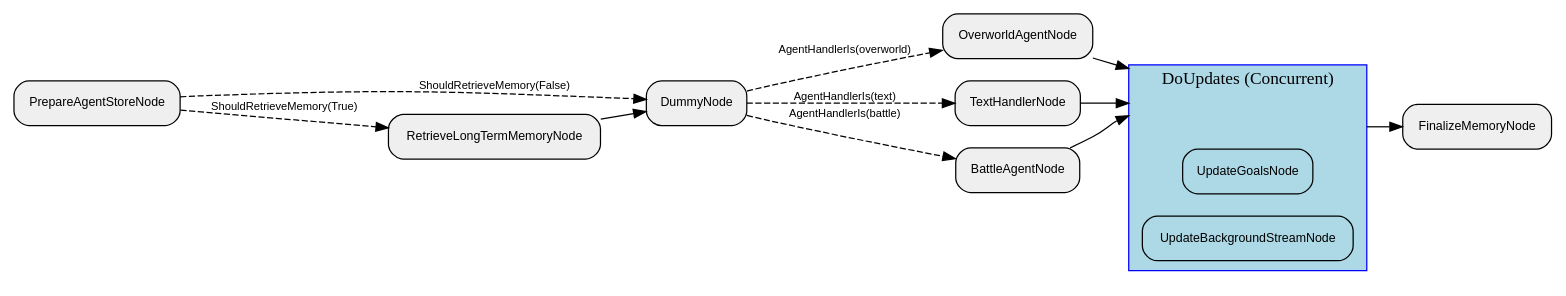
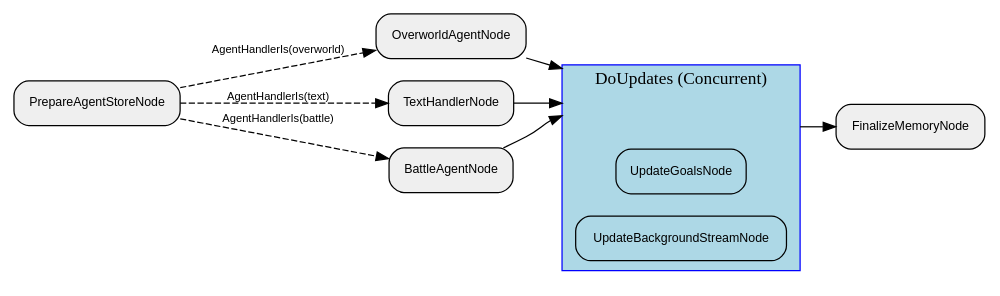
One commit to clambro/ai-plays-pokemon changed the diagram in visualization/agent_graph/Graph.dot. Above: the diagram before and after it, drawn with Graphviz. The commit also changed 25 other files, not shown here.

First line of the commit message:
Move long-term memory retrieval into overworld agent

```diff
--- a/visualization/agent_graph/Graph.dot
+++ b/visualization/agent_graph/Graph.dot
@@ -1,34 +1,29 @@
 digraph "G" {
   rankdir=LR;
   compound=true;
   node [shape=box, style="rounded,filled", fillcolor="#EFEFEF", fontname="Helvetica", fontsize=10];
   edge [fontname="Helvetica", fontsize=9];
-  subgraph "cluster_5u2rcpKXFNyRvOMhOfHJL" {
+  subgraph "cluster_EBMINl28wcsFjYqtcwsTw" {
     label="DoUpdates (Concurrent)";
     style="filled"; fillcolor="lightblue"; color="blue";
     node [fillcolor="lightblue", style="filled,rounded"];
-    "5u2rcpKXFNyRvOMhOfHJL__entry" [label="", shape=point, width=0.01, style=invis];
-    "5u2rcpKXFNyRvOMhOfHJL__exit"  [label="", shape=point, width=0.01, style=invis];
-    nZmIuImggXBXjQdbxACrd [label="UpdateGoalsNode"];
-    PJJnLdIroNrrRz9T5kgtw [label="UpdateBackgroundStreamNode"];
+    "EBMINl28wcsFjYqtcwsTw__entry" [label="", shape=point, width=0.01, style=invis];
+    "EBMINl28wcsFjYqtcwsTw__exit"  [label="", shape=point, width=0.01, style=invis];
+    "3Bk9Mu7C37rnCyAWb4a7A" [label="UpdateGoalsNode"];
+    uqeFjNTKfzETajd6GJebe [label="UpdateBackgroundStreamNode"];
   }
-  tEVodr0709tiwDS7KoP3Y [label="OverworldAgentNode"];
-  QFKD4S0pX4FNXqU7NkLZ6 [label="DummyNode"];
-  lCoYCnIU5hCbo2MUFvr0x [label="TextHandlerNode"];
-  "1mttNI9ynotr9motenWlf" [label="BattleAgentNode"];
-  OWjj6wdJfIuwk9AleczCq [label="RetrieveLongTermMemoryNode"];
-  zBnDj9i1nAskjogzEUIGx [label="FinalizeMemoryNode"];
-  hunKjUyUESDwRqmITcvv6 [label="PrepareAgentStoreNode"];
-  PJJnLdIroNrrRz9T5kgtw [label="UpdateBackgroundStreamNode"];
-  nZmIuImggXBXjQdbxACrd [label="UpdateGoalsNode"];
-  hunKjUyUESDwRqmITcvv6 -> OWjj6wdJfIuwk9AleczCq [style="dashed", label="ShouldRetrieveMemory(True)"];
-  hunKjUyUESDwRqmITcvv6 -> QFKD4S0pX4FNXqU7NkLZ6 [style="dashed", label="ShouldRetrieveMemory(False)"];
-  OWjj6wdJfIuwk9AleczCq -> QFKD4S0pX4FNXqU7NkLZ6 [style="solid"];
-  QFKD4S0pX4FNXqU7NkLZ6 -> tEVodr0709tiwDS7KoP3Y [style="dashed", label="AgentHandlerIs(overworld)"];
-  QFKD4S0pX4FNXqU7NkLZ6 -> "1mttNI9ynotr9motenWlf" [style="dashed", label="AgentHandlerIs(battle)"];
-  QFKD4S0pX4FNXqU7NkLZ6 -> lCoYCnIU5hCbo2MUFvr0x [style="dashed", label="AgentHandlerIs(text)"];
-  lCoYCnIU5hCbo2MUFvr0x -> "5u2rcpKXFNyRvOMhOfHJL__entry" [lhead="cluster_5u2rcpKXFNyRvOMhOfHJL", style="solid"];
-  "1mttNI9ynotr9motenWlf" -> "5u2rcpKXFNyRvOMhOfHJL__entry" [lhead="cluster_5u2rcpKXFNyRvOMhOfHJL", style="solid"];
-  tEVodr0709tiwDS7KoP3Y -> "5u2rcpKXFNyRvOMhOfHJL__entry" [lhead="cluster_5u2rcpKXFNyRvOMhOfHJL", style="solid"];
-  "5u2rcpKXFNyRvOMhOfHJL__exit" -> zBnDj9i1nAskjogzEUIGx [ltail="cluster_5u2rcpKXFNyRvOMhOfHJL", style="solid"];
+  lCmUOiLAdUr0rNhJ0sqKT [label="OverworldAgentNode"];
+  "3Bk9Mu7C37rnCyAWb4a7A" [label="UpdateGoalsNode"];
+  NhVAVohcwsO7f3eqTsHCY [label="FinalizeMemoryNode"];
+  uqeFjNTKfzETajd6GJebe [label="UpdateBackgroundStreamNode"];
+  zTFdiq7Pos0t6KFOES5SS [label="TextHandlerNode"];
+  "3xT1kzI3iiRTxR75mLp8z" [label="BattleAgentNode"];
+  L8DfUTak3TVlXZizpNcud [label="PrepareAgentStoreNode"];
+  L8DfUTak3TVlXZizpNcud -> lCmUOiLAdUr0rNhJ0sqKT [style="dashed", label="AgentHandlerIs(overworld)"];
+  L8DfUTak3TVlXZizpNcud -> "3xT1kzI3iiRTxR75mLp8z" [style="dashed", label="AgentHandlerIs(battle)"];
+  L8DfUTak3TVlXZizpNcud -> zTFdiq7Pos0t6KFOES5SS [style="dashed", label="AgentHandlerIs(text)"];
+  zTFdiq7Pos0t6KFOES5SS -> EBMINl28wcsFjYqtcwsTw__entry [lhead="cluster_EBMINl28wcsFjYqtcwsTw", style="solid"];
+  "3xT1kzI3iiRTxR75mLp8z" -> EBMINl28wcsFjYqtcwsTw__entry [lhead="cluster_EBMINl28wcsFjYqtcwsTw", style="solid"];
+  lCmUOiLAdUr0rNhJ0sqKT -> EBMINl28wcsFjYqtcwsTw__entry [lhead="cluster_EBMINl28wcsFjYqtcwsTw", style="solid"];
+  EBMINl28wcsFjYqtcwsTw__exit -> NhVAVohcwsO7f3eqTsHCY [ltail="cluster_EBMINl28wcsFjYqtcwsTw", style="solid"];
 }
```
